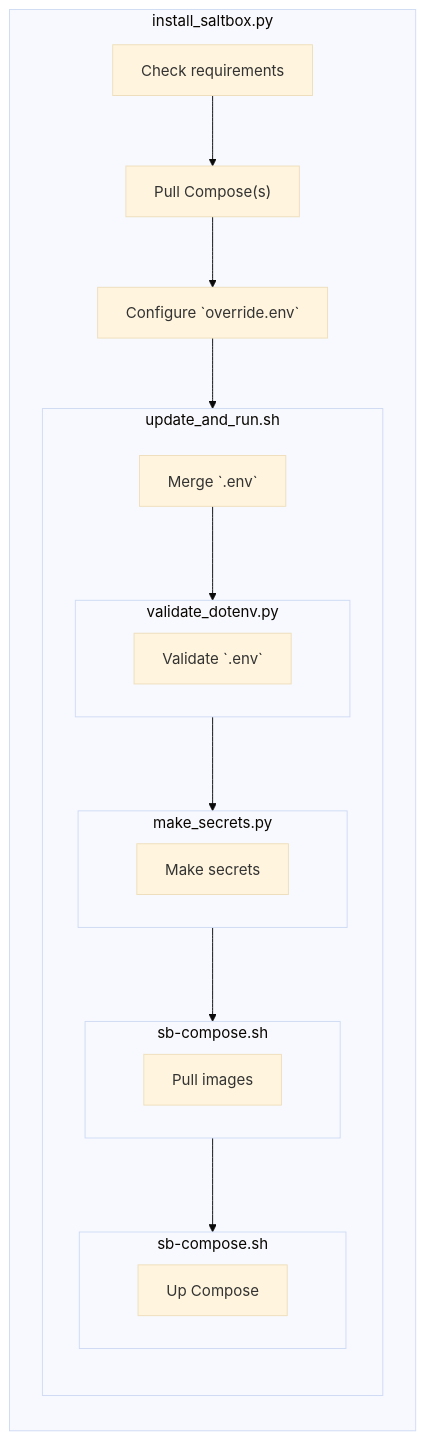
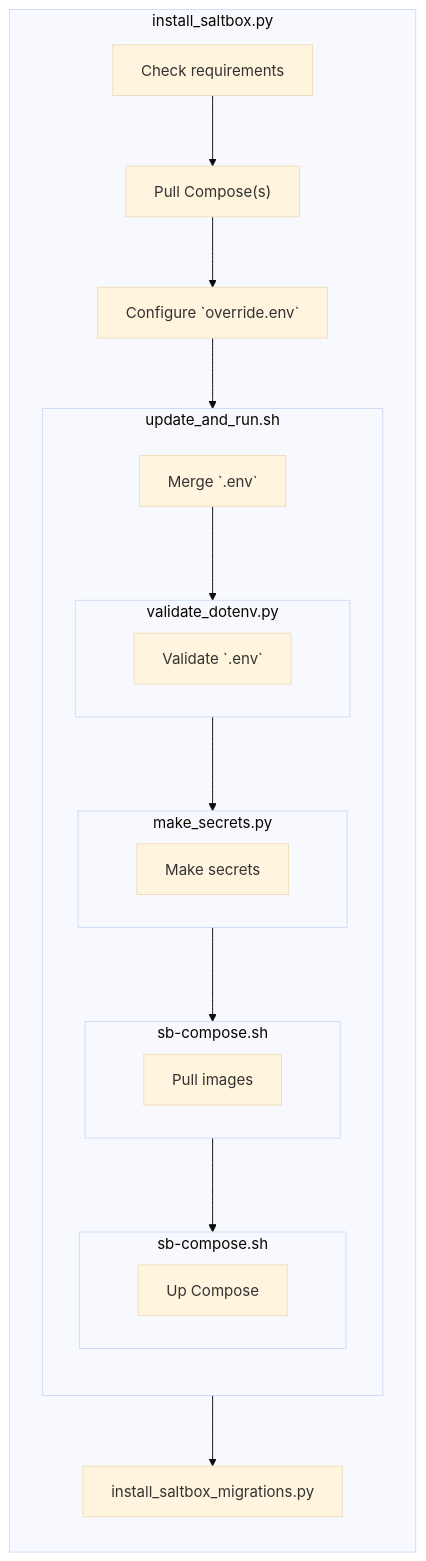
Before and after one commit to saltbox-pro/saltbox-compose: the diagram in README.md, drawn with Mermaid (base theme). The commit also changed other lines of this file and 1 other file, not shown here.

````diff
--- a/README.md
+++ b/README.md
@@ -72,29 +74,30 @@
 ```mermaid
 flowchart LR
     subgraph install_saltbox.py
     direction TB
     check[Check requirements]
         --> pull_repos["Pull Compose(s)"]
         --> conf[Configure `override.env`]
         --> update_and_run.sh
         subgraph update_and_run.sh
             direction TB
             merge_env[Merge `.env`] --> validate_dotenv.py
             subgraph validate_dotenv.py
                validate_dotenv[Validate `.env`]
             end
             validate_dotenv.py --> make_secrets.py
             subgraph make_secrets.py
                 make_secrets[Make secrets]
             end
             make_secrets.py --> sb-compose.sh-1
             subgraph sb-compose.sh-1[sb-compose.sh]
                 pull_images[Pull images]
             end
             sb-compose.sh-1 --> sb-compose.sh-2
             subgraph sb-compose.sh-2[sb-compose.sh]
                 up[Up Compose]
             end
         end
+        update_and_run.sh --> install_saltbox_migrations.py
     end
 ```
````
